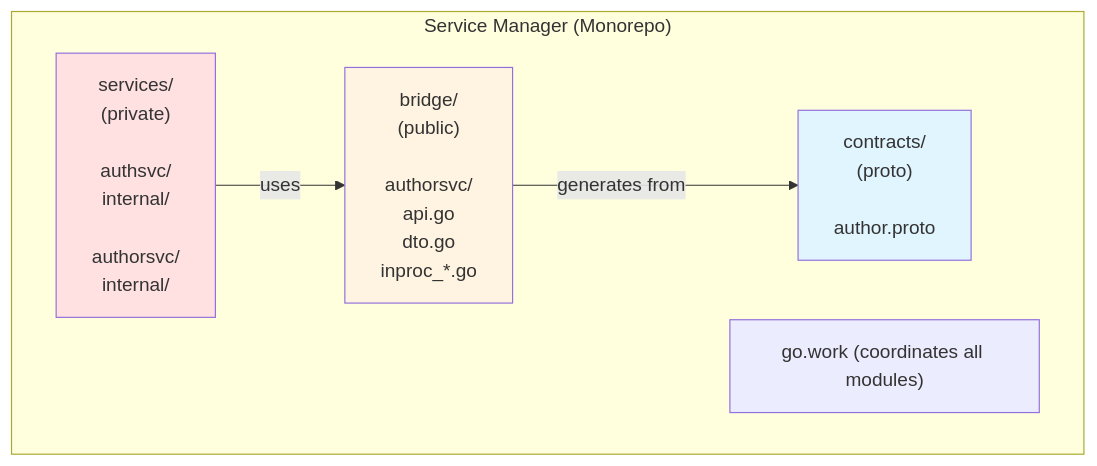
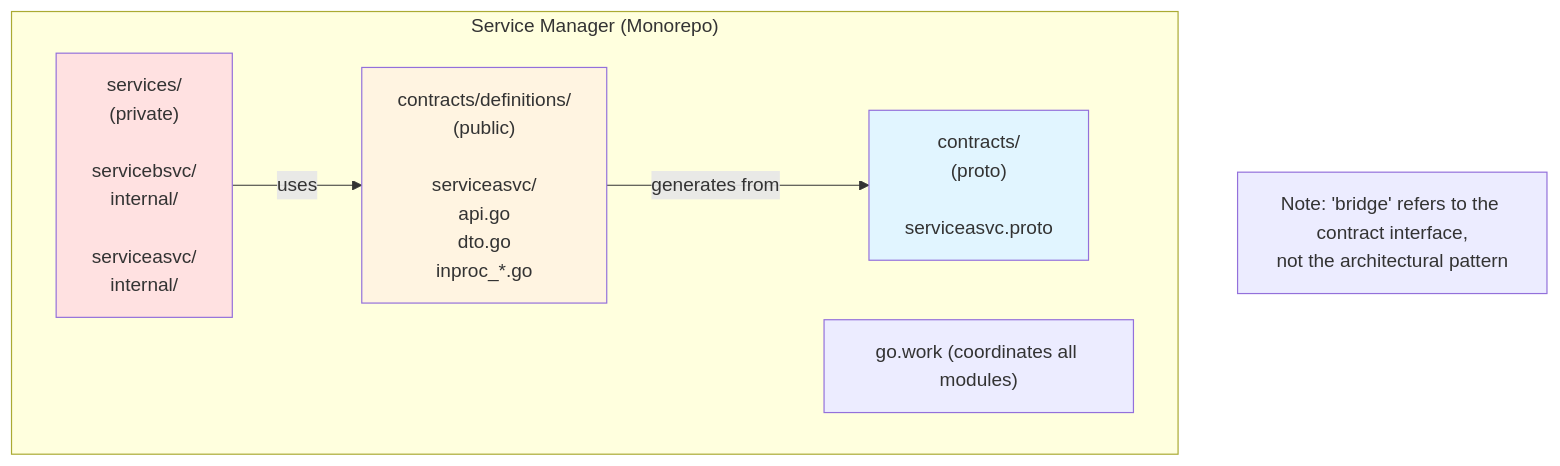
Before and after one commit to pivaldi/go-modular-monolith-white-paper: the first of 5 diagrams in README.md, drawn with Mermaid. The commit also changed other lines of this file and 20 other files, not shown here.

Commit message:
Bridge to Contract Definition Architecture Refactoring

````diff
--- a/README.md
+++ b/README.md
@@ -259,17 +259,19 @@
 ```mermaid
 graph TB
     subgraph monorepo["Service Manager (Monorepo)"]
-        contracts["contracts/<br/>(proto)<br/><br/>author.proto"]
-        bridge["bridge/<br/>(public)<br/><br/>authorsvc/<br/>api.go<br/>dto.go<br/>inproc_*.go"]
-        services["services/<br/>(private)<br/><br/>authsvc/<br/>internal/<br/><br/>authorsvc/<br/>internal/"]
+        contracts["contracts/<br/>(proto)<br/><br/>serviceasvc.proto"]
+        bridge["contracts/definitions/<br/>(public)<br/><br/>serviceasvc/<br/>api.go<br/>dto.go<br/>inproc_*.go"]
+        services["services/<br/>(private)<br/><br/>servicebsvc/<br/>internal/<br/><br/>serviceasvc/<br/>internal/"]
 
         services -->|uses| bridge
         bridge -->|generates from| contracts
 
         workspace["go.work (coordinates all modules)"]
     end
 
     style contracts fill:#e1f5ff
     style bridge fill:#fff4e1
     style services fill:#ffe1e1
+
+    note["Note: 'bridge' refers to the contract interface,<br/>not the architectural pattern"]
 ```
````
